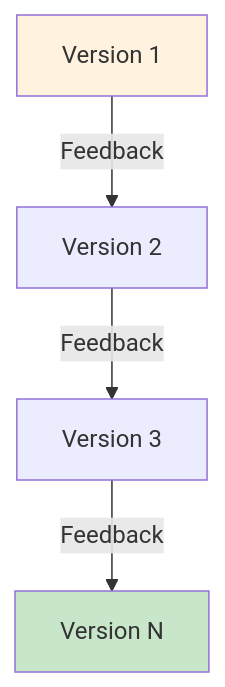
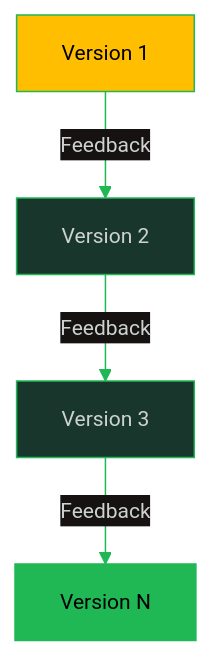
The seventh of 10 diagrams in software-engineering-note/10_Software_Engineering_Process/05_Process_Fundamentals.md (oat431/swe-knowledge), drawn with Mermaid before and after one commit. The commit also changed other lines of this file and 28 other files, not shown here.

````diff
--- a/software-engineering-note/10_Software_Engineering_Process/05_Process_Fundamentals.md
+++ b/software-engineering-note/10_Software_Engineering_Process/05_Process_Fundamentals.md
@@ -263,9 +275,10 @@
 ```mermaid
+%%{init: {'theme':'base','themeVariables':{'primaryColor':'#19362D','primaryTextColor':'#CDD3D1','primaryBorderColor':'#1FB854','lineColor':'#1FB854','secondaryColor':'#161212','tertiaryColor':'#1B1717','background':'#1B1717','mainBkg':'#19362D','nodeBorder':'#1FB854','clusterBkg':'#161212','clusterBorder':'#19362D','titleColor':'#1FB854','edgeLabelBackground':'#161212','fontSize':'14px'}}}%%
 graph TB
     V1[Version 1] -->|Feedback| V2[Version 2]
     V2 -->|Feedback| V3[Version 3]
     V3 -->|Feedback| V4[Version N]
     
-    style V1 fill:#fff3e0
-    style V4 fill:#c8e6c9
+    style V1 fill:#FFBE00,color:#000000
+    style V4 fill:#1FB854,color:#000000
 ```
````
